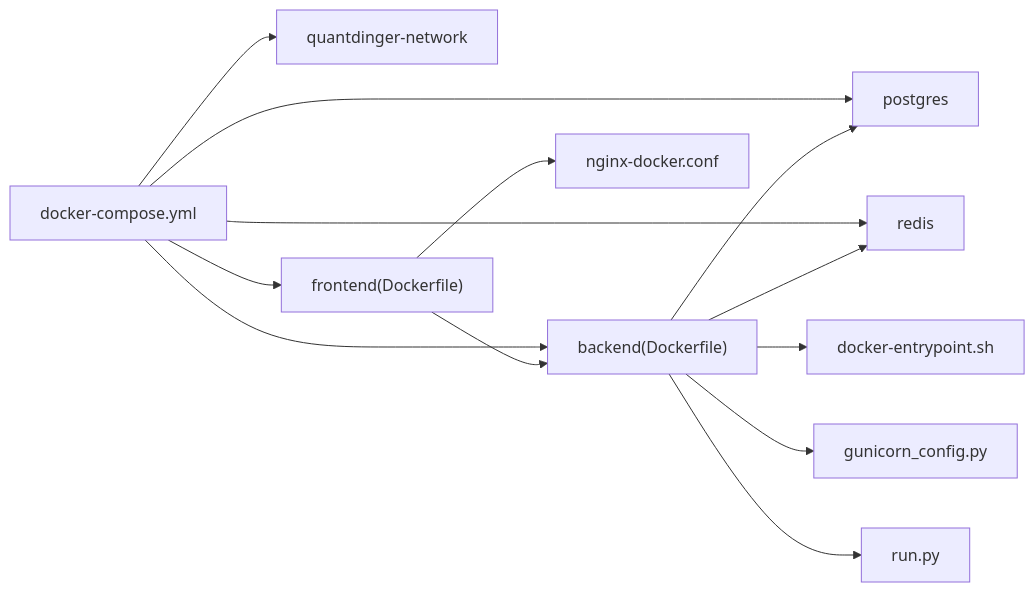
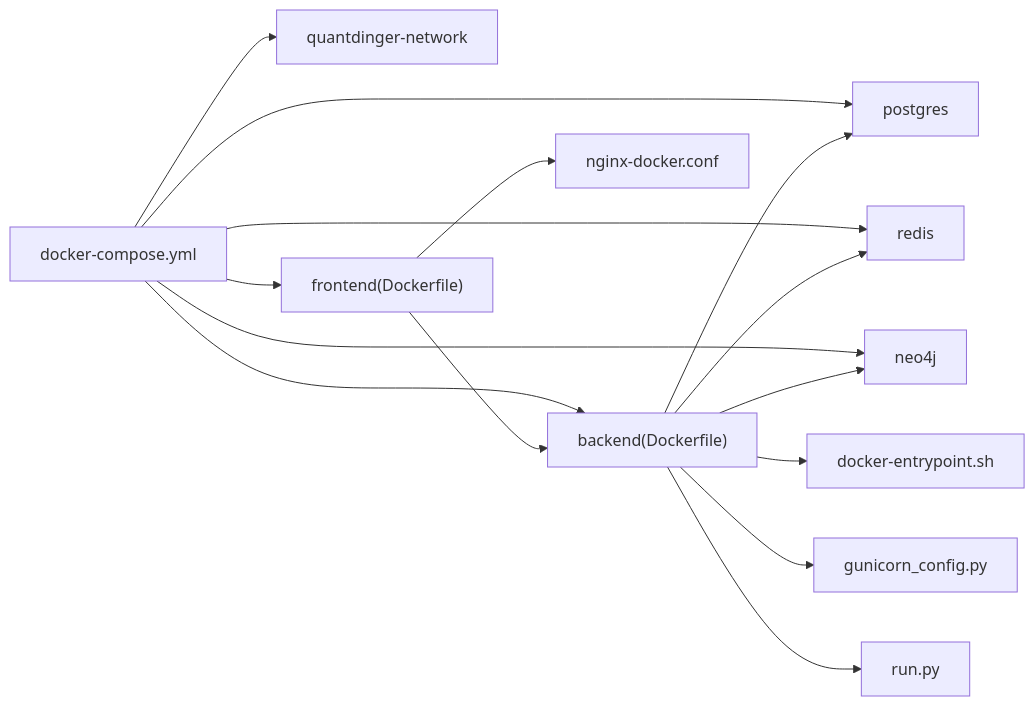
The fifth of 5 diagrams in .qoder/repowiki/zh/content/部署运维/Docker容器化部署.md (joezxh/QuantDinger), drawn with Mermaid before and after one commit. The commit also changed other lines of this file and 39 other files, not shown here.

````diff
--- a/.qoder/repowiki/zh/content/部署运维/Docker容器化部署.md
+++ b/.qoder/repowiki/zh/content/部署运维/Docker容器化部署.md
@@ -261,15 +286,17 @@
 ```mermaid
 graph LR
 DC["docker-compose.yml"] --> NET["quantdinger-network"]
 DC --> PG["postgres"]
 DC --> RD["redis"]
+DC --> NG["neo4j"]
 DC --> BE["backend(Dockerfile)"]
 DC --> FE["frontend(Dockerfile)"]
 BE --> EN["docker-entrypoint.sh"]
 BE --> GC["gunicorn_config.py"]
 BE --> RU["run.py"]
-FE --> NG["nginx-docker.conf"]
+FE --> NGINX["nginx-docker.conf"]
 BE --> PG
 BE --> RD
+BE --> NG
 FE --> BE
 ```
````
